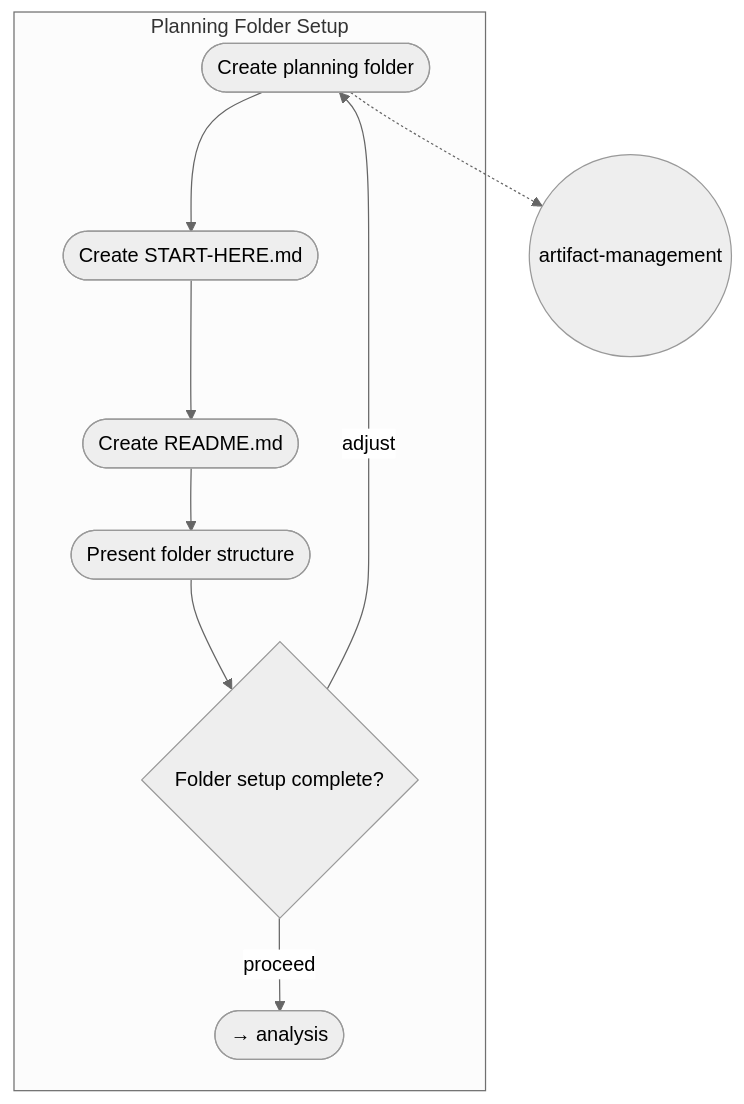
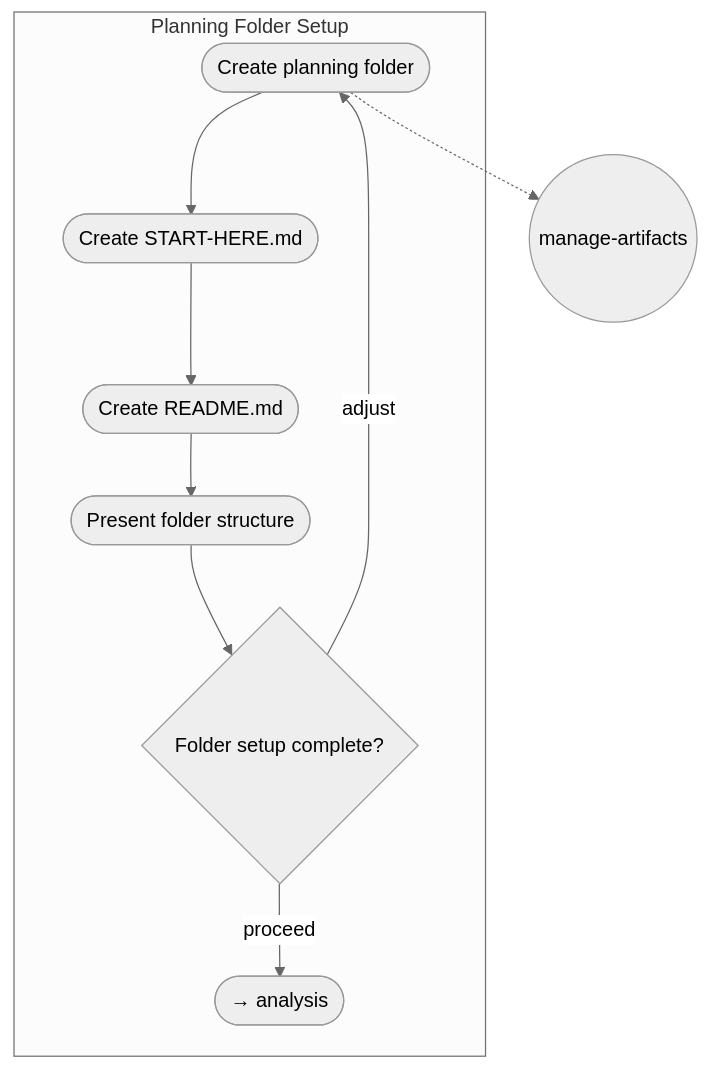
The third of 8 diagrams in work-packages/README.md (m2ux/workflow-server), drawn with Mermaid (neutral theme) before and after one commit. The commit also changed other lines of this file and 681 other files, not shown here.

````diff
--- a/work-packages/README.md
+++ b/work-packages/README.md
@@ -86,17 +86,17 @@
 ```mermaid
 graph TD
     subgraph folder-setup[Planning Folder Setup]
         f1([Create planning folder])
         f2([Create START-HERE.md])
         f3([Create README.md])
         f4([Present folder structure])
         cp1{Folder setup complete?}
         
         f1 --> f2 --> f3 --> f4 --> cp1
         cp1 -->|proceed| Next([→ analysis])
         cp1 -->|adjust| f1
     end
     
-    skill((artifact-management))
-    f1 -.-> skill
+    technique((manage-artifacts))
+    f1 -.-> technique
 ```
````
